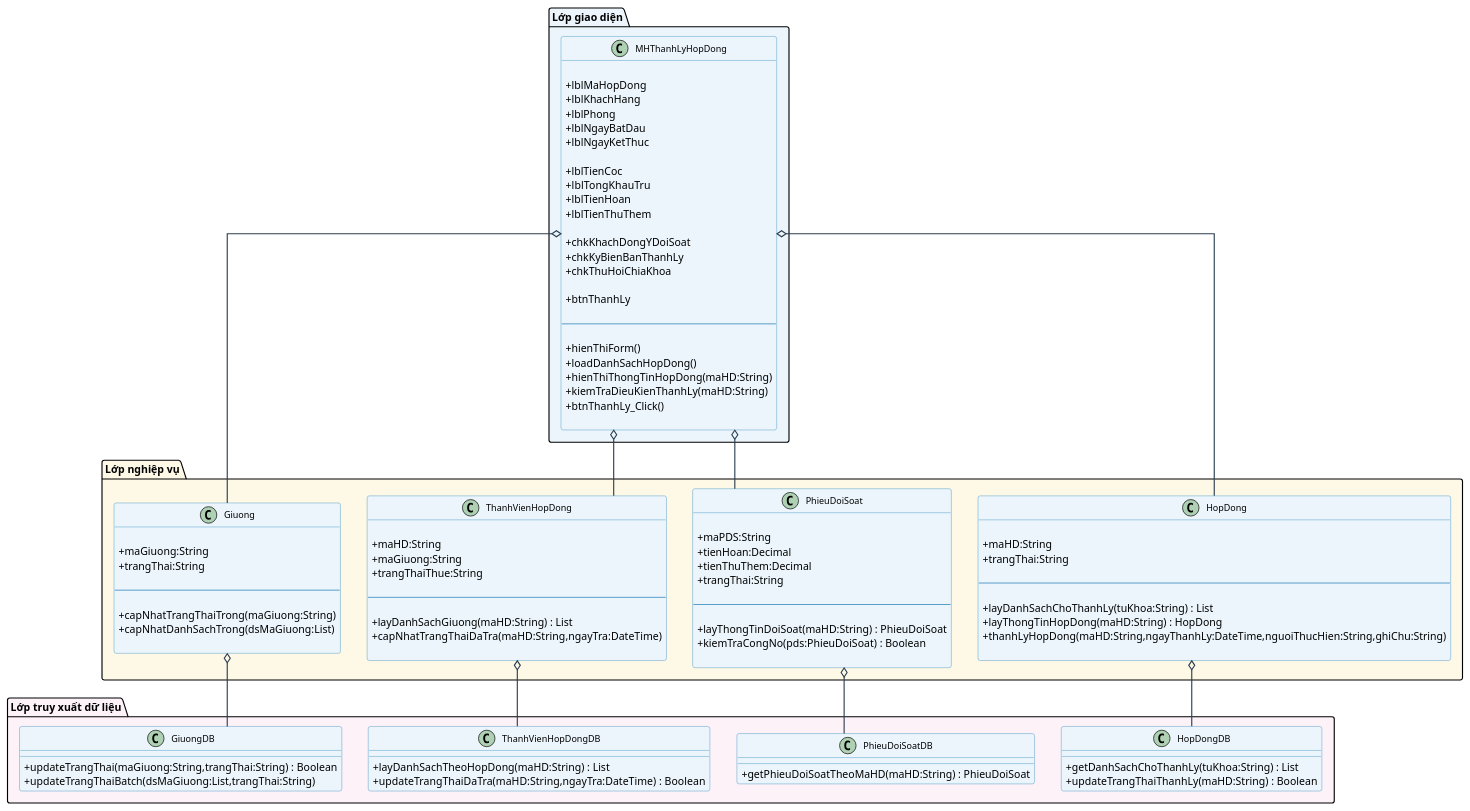
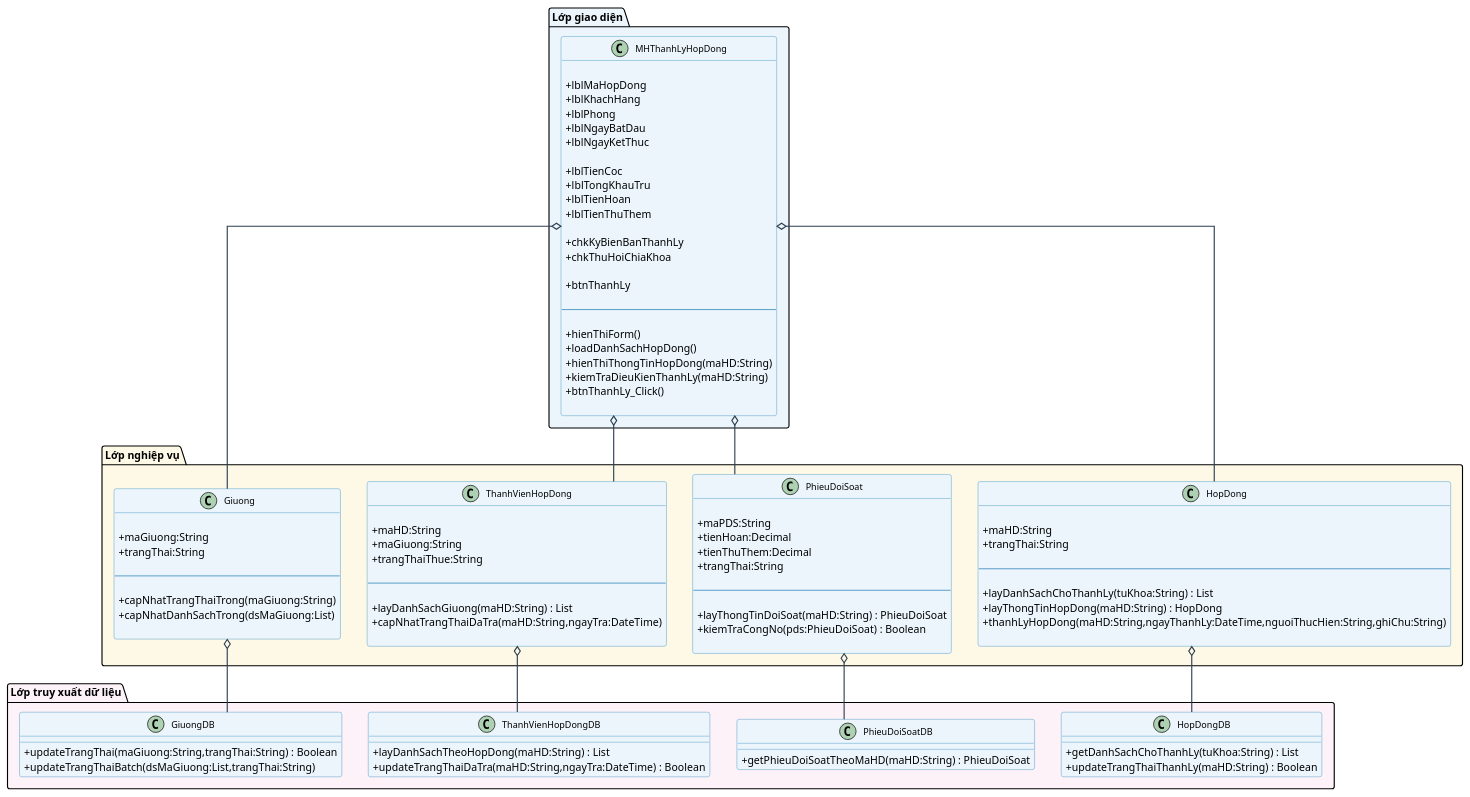
The diagram in docs/uml/thanh-ly-hop-dong-class.puml (Ming1309/HomeStay-Dorm), drawn with PlantUML before and after one commit. The commit also changed 6 other files, not shown here.

```diff
--- a/docs/uml/thanh-ly-hop-dong-class.puml
+++ b/docs/uml/thanh-ly-hop-dong-class.puml
@@ -1,156 +1,155 @@
 @startuml ThanhLyHopDong_3Layer
 
 skinparam classAttributeIconSize 0
 skinparam classFontSize 12
 skinparam classHeaderBackgroundColor #AED6F1
 skinparam classBorderColor #2980B9
 skinparam classBackgroundColor #EBF5FB
 skinparam ArrowColor #2C3E50
 skinparam ArrowThickness 1.5
 skinparam shadowing false
 skinparam roundcorner 6
 skinparam linetype ortho
 
 '=====================
 ' LỚP GIAO DIỆN
 '=====================
 
 package "Lớp giao diện" #EBF5FB {
 
 class MHThanhLyHopDong{
 
 +lblMaHopDong
 +lblKhachHang
 +lblPhong
 +lblNgayBatDau
 +lblNgayKetThuc
 
 +lblTienCoc
 +lblTongKhauTru
 +lblTienHoan
 +lblTienThuThem
 
-+chkKhachDongYDoiSoat
 +chkKyBienBanThanhLy
 +chkThuHoiChiaKhoa
 
 +btnThanhLy
 
 --
 
 +hienThiForm()
 +loadDanhSachHopDong()
 +hienThiThongTinHopDong(maHD:String)
 +kiemTraDieuKienThanhLy(maHD:String)
 +btnThanhLy_Click()
 
 }
 
 }
 
 '=====================
 ' LỚP NGHIỆP VỤ
 '=====================
 
 package "Lớp nghiệp vụ" #FEF9E7 {
 
 class HopDong{
 
 +maHD:String
 +trangThai:String
 
 --
 
 +layDanhSachChoThanhLy(tuKhoa:String) : List
 +layThongTinHopDong(maHD:String) : HopDong
 +thanhLyHopDong(maHD:String,ngayThanhLy:DateTime,nguoiThucHien:String,ghiChu:String)
 
 }
 
 class PhieuDoiSoat{
 
 +maPDS:String
 +tienHoan:Decimal
 +tienThuThem:Decimal
 +trangThai:String
 
 --
 
 +layThongTinDoiSoat(maHD:String) : PhieuDoiSoat
 +kiemTraCongNo(pds:PhieuDoiSoat) : Boolean
 
 }
 
 class ThanhVienHopDong{
 
 +maHD:String
 +maGiuong:String
 +trangThaiThue:String
 
 --
 
 +layDanhSachGiuong(maHD:String) : List
 +capNhatTrangThaiDaTra(maHD:String,ngayTra:DateTime)
 
 }
 
 class Giuong{
 
 +maGiuong:String
 +trangThai:String
 
 --
 
 +capNhatTrangThaiTrong(maGiuong:String)
 +capNhatDanhSachTrong(dsMaGiuong:List)
 
 }
 
 }
 
 '=====================
 ' LỚP DỮ LIỆU
 '=====================
 
 package "Lớp truy xuất dữ liệu" #FDF2F8 {
 
 class HopDongDB{
 
 +getDanhSachChoThanhLy(tuKhoa:String) : List
 +updateTrangThaiThanhLy(maHD:String) : Boolean
 
 }
 
 class PhieuDoiSoatDB{
 
 +getPhieuDoiSoatTheoMaHD(maHD:String) : PhieuDoiSoat
 
 }
 
 class ThanhVienHopDongDB{
 
 +layDanhSachTheoHopDong(maHD:String) : List
 +updateTrangThaiDaTra(maHD:String,ngayTra:DateTime) : Boolean
 
 }
 
 class GiuongDB{
 
 +updateTrangThai(maGiuong:String,trangThai:String) : Boolean
 +updateTrangThaiBatch(dsMaGiuong:List,trangThai:String)
 
 }
 
 }
 
 MHThanhLyHopDong o-- HopDong
 MHThanhLyHopDong o-- PhieuDoiSoat
 MHThanhLyHopDong o-- ThanhVienHopDong
 MHThanhLyHopDong o-- Giuong
 
 HopDong o-- HopDongDB
 PhieuDoiSoat o-- PhieuDoiSoatDB
 ThanhVienHopDong o-- ThanhVienHopDongDB
 Giuong o-- GiuongDB
 
 @enduml
```
